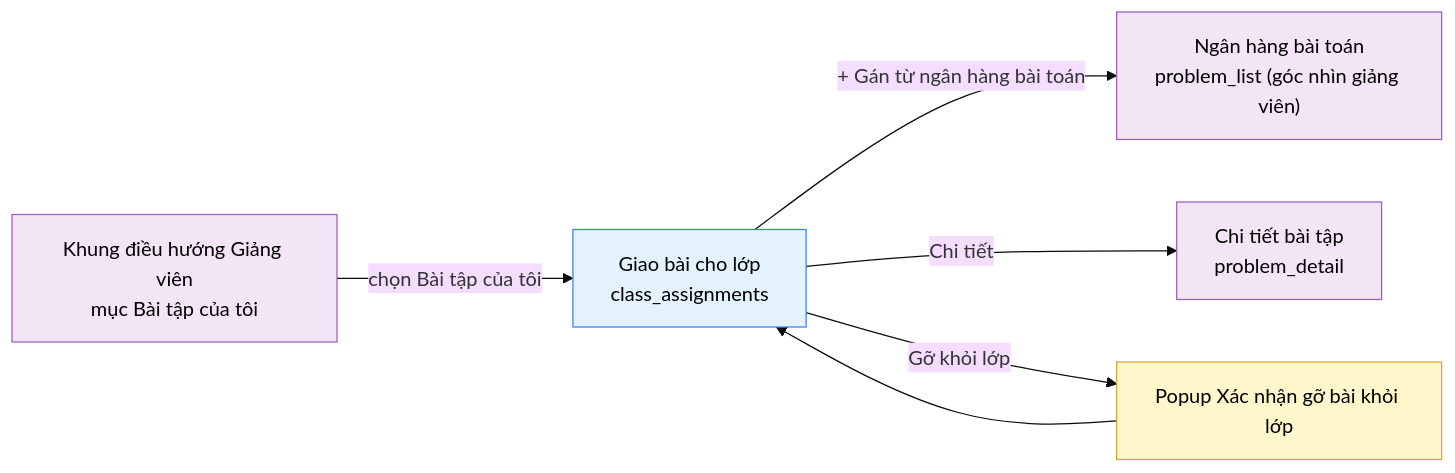
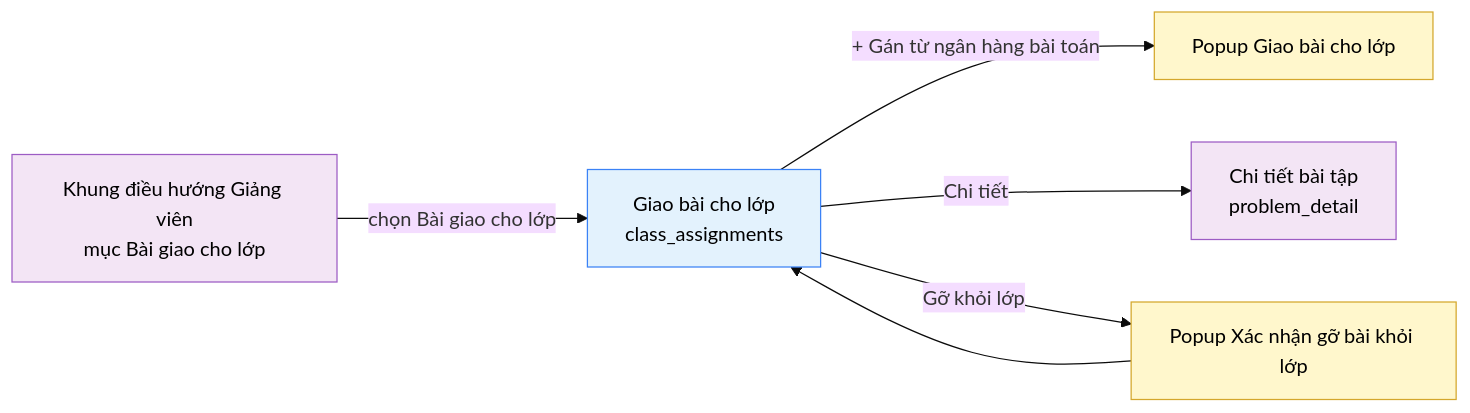
One commit to daiphu1801/PRJ_ALGOPREP changed the diagram in 02-bd/screens/teacher/INS0202_class_assignments.md. Above: the diagram before and after it, drawn with Mermaid (base theme). The commit also changed other lines of this file and 458 other files, not shown here.

````diff
--- a/02-bd/screens/teacher/INS0202_class_assignments.md
+++ b/02-bd/screens/teacher/INS0202_class_assignments.md
@@ -146,16 +157,16 @@
 ```mermaid
 flowchart LR
-    nav["Khung điều hướng Giảng viên<br/>mục Bài tập của tôi"] -->|"chọn Bài tập của tôi"| main["Giao bài cho lớp<br/>class_assignments"]
-    main -->|"+ Gán từ ngân hàng bài toán"| bank["Ngân hàng bài toán<br/>problem_list (góc nhìn giảng viên)"]
+    nav["Khung điều hướng Giảng viên<br/>mục Bài giao cho lớp"] -->|"chọn Bài giao cho lớp"| main["Giao bài cho lớp<br/>class_assignments"]
+    main -->|"+ Gán từ ngân hàng bài toán"| bank["Popup Giao bài cho lớp"]
     main -->|"Chi tiết"| detail["Chi tiết bài tập<br/>problem_detail"]
     main -->|"Gỡ khỏi lớp"| rm["Popup Xác nhận gỡ bài khỏi lớp"]
     rm --> main
 
     classDef source fill:#F3E5F5,stroke:#9C5CC4,color:#000
     classDef screen fill:#E3F2FD,stroke:#3B82F6,color:#000
     classDef popup fill:#FFF7CC,stroke:#D4A72C,color:#000
 
-    class nav,bank,detail source
+    class nav,detail source
     class main screen
-    class rm popup
+    class rm,bank popup
 ```
````
